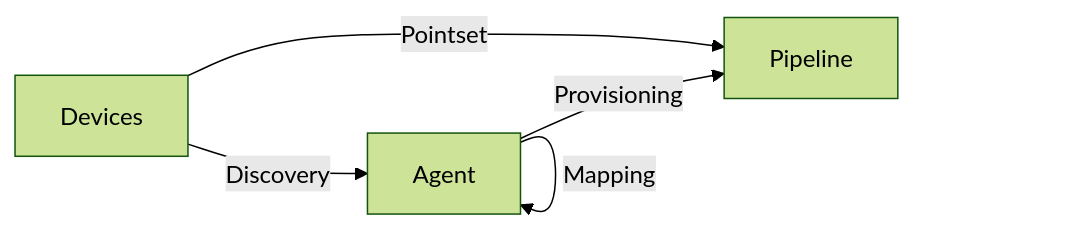
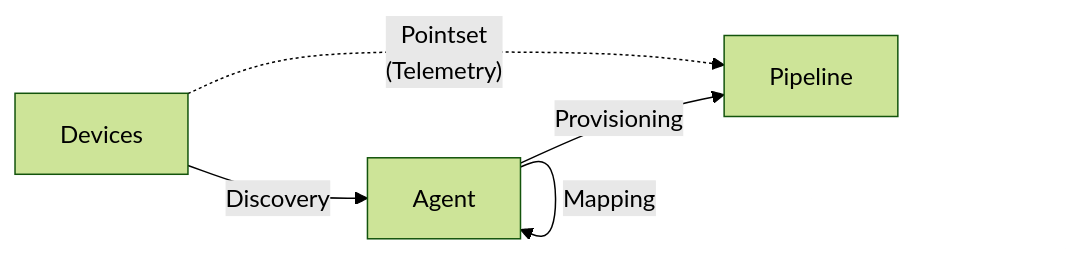
Before and after one commit to grafnu/udmi: the diagram in docs/specs/onboarding.md, drawn with Mermaid (forest theme).

Commit message:
Update onboarding diagram to indicate pointset telemetry
Update the onboarding architectural flow diagram in docs/specs/onboarding.md to use a dotted line with multi-line telemetry annotation for pointset data flow.

TAG=agy
CONV=f0ce9094-0c42-4b33-a426-7de9fd846e4e

````diff
--- a/docs/specs/onboarding.md
+++ b/docs/specs/onboarding.md
@@ -29,10 +29,10 @@
 ```mermaid
 flowchart LR
   D[Devices]
   A[Agent]
   P[Pipeline]
-  D -- Pointset --> P
+  D -. "Pointset\n(Telemetry)" .-> P
   D -- Discovery --> A
   A -- Provisioning --> P
   A -- Mapping --> A
 ```
````
